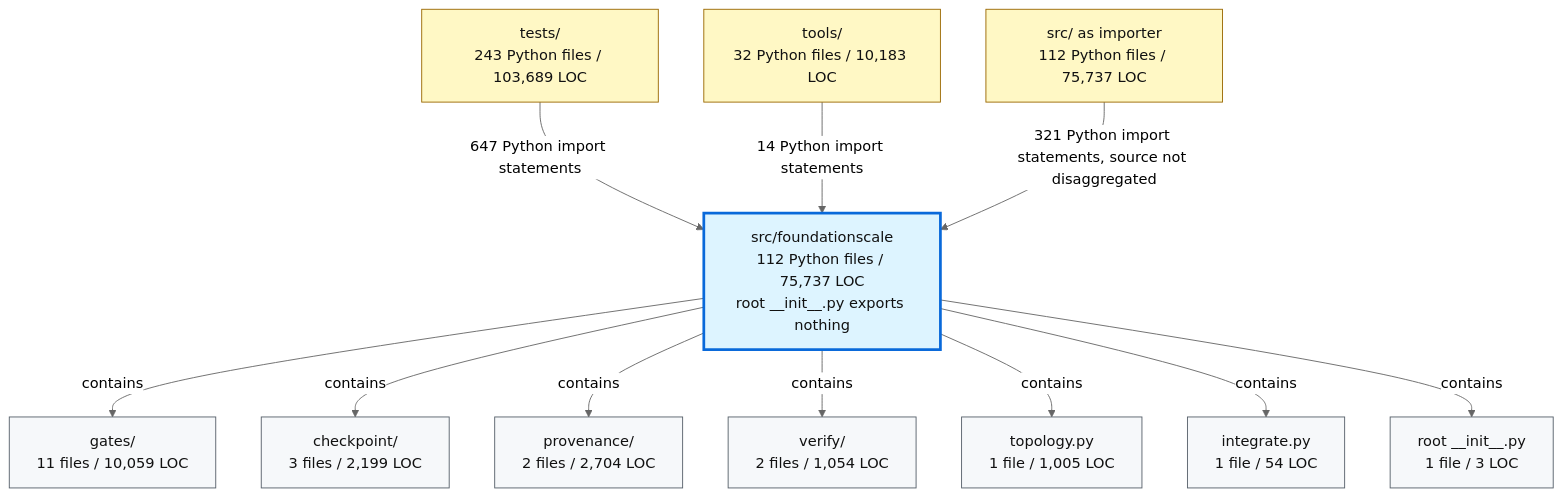
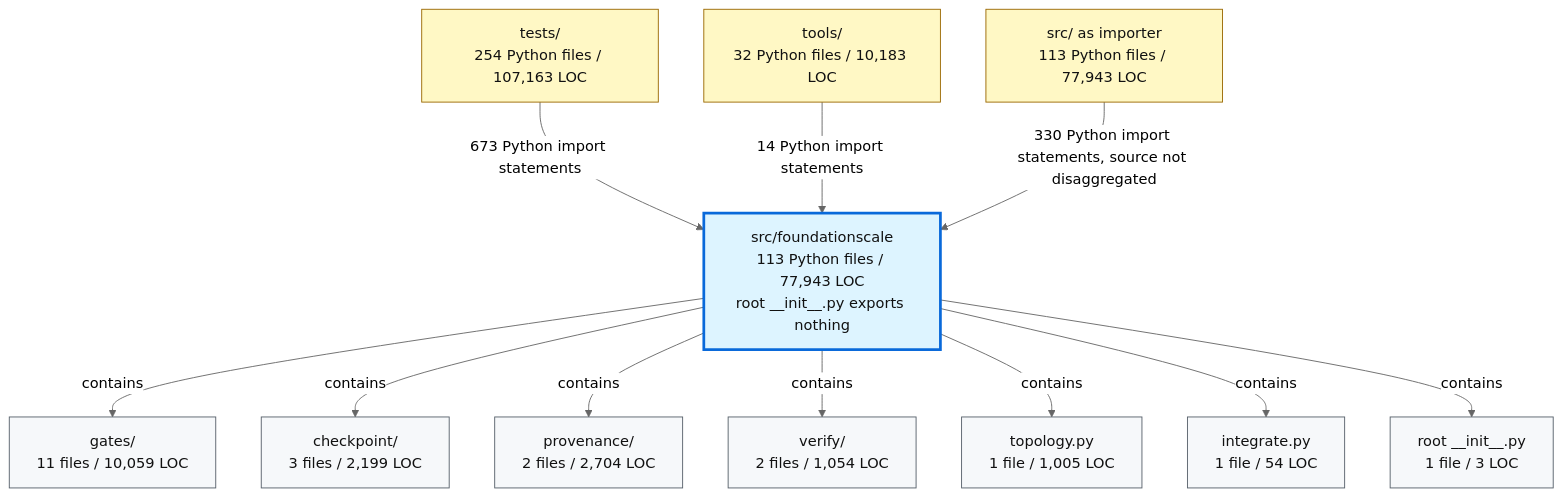
One commit to TranNhiem/FoundationScale changed the second of 2 diagrams in docs/review/D2_current_architecture.md. Above: the diagram before and after it, drawn with Mermaid (neutral theme). The commit also changed other lines of this file and 10 other files, not shown here.

````diff
--- a/docs/review/D2_current_architecture.md
+++ b/docs/review/D2_current_architecture.md
@@ -97,36 +97,36 @@
 ```mermaid
 flowchart TB
-  TESTS["tests/<br/>243 Python files / 103,689 LOC"]
+  TESTS["tests/<br/>254 Python files / 107,163 LOC"]
   TOOLS["tools/<br/>32 Python files / 10,183 LOC"]
-  SRC["src/ as importer<br/>112 Python files / 75,737 LOC"]
+  SRC["src/ as importer<br/>113 Python files / 77,943 LOC"]
 
-  FS["src/foundationscale<br/>112 Python files / 75,737 LOC<br/>root __init__.py exports nothing"]
+  FS["src/foundationscale<br/>113 Python files / 77,943 LOC<br/>root __init__.py exports nothing"]
 
   GATES["gates/<br/>11 files / 10,059 LOC"]
   CKPT["checkpoint/<br/>3 files / 2,199 LOC"]
   PROV["provenance/<br/>2 files / 2,704 LOC"]
   VERIFY["verify/<br/>2 files / 1,054 LOC"]
   TOPO["topology.py<br/>1 file / 1,005 LOC"]
   INTEG["integrate.py<br/>1 file / 54 LOC"]
   ROOT["root __init__.py<br/>1 file / 3 LOC"]
 
-  TESTS -->|"647 Python import statements"| FS
+  TESTS -->|"673 Python import statements"| FS
   TOOLS -->|"14 Python import statements"| FS
-  SRC -->|"321 Python import statements, source not disaggregated"| FS
+  SRC -->|"330 Python import statements, source not disaggregated"| FS
 
   FS -->|"contains"| GATES
   FS -->|"contains"| CKPT
   FS -->|"contains"| PROV
   FS -->|"contains"| VERIFY
   FS -->|"contains"| TOPO
   FS -->|"contains"| INTEG
   FS -->|"contains"| ROOT
 
   classDef consumer fill:#fff8c5,stroke:#9a6700,color:#111;
   classDef package fill:#ddf4ff,stroke:#0969da,stroke-width:3px,color:#111;
   classDef module fill:#f6f8fa,stroke:#57606a,color:#111;
 
   class TESTS,TOOLS,SRC consumer;
   class FS package;
   class GATES,CKPT,PROV,VERIFY,TOPO,INTEG,ROOT module;
 ```
````
